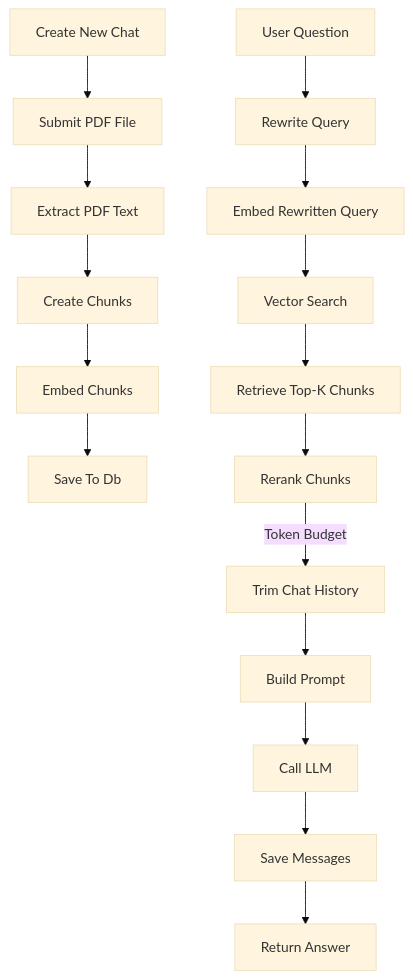
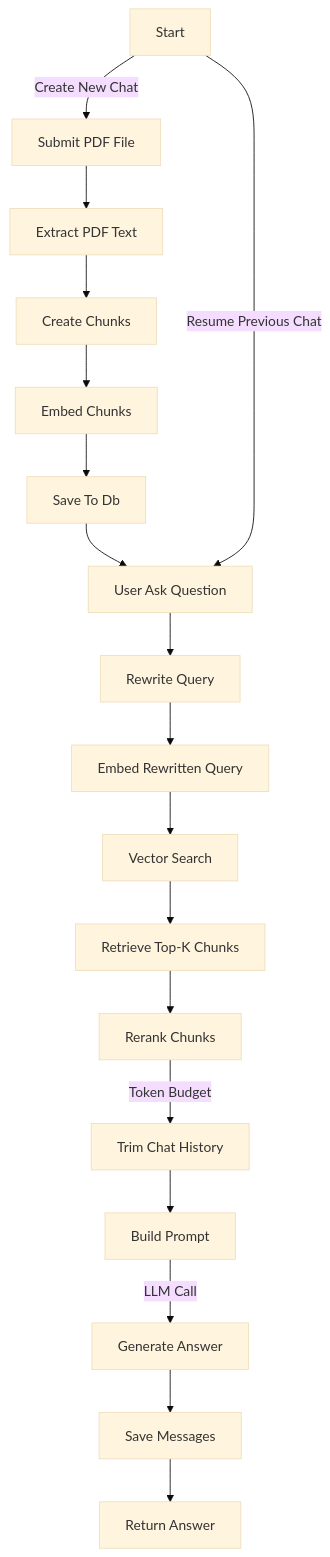
Before and after one commit to jishnusaha/ask-my-pdf: the diagram in README.md, drawn with Mermaid (base theme).

Commit message:
Update Applicaiton Flow in README.md

````diff
--- a/README.md
+++ b/README.md
@@ -250,20 +250,22 @@
 ```mermaid
 flowchart TD
-A[Create New Chat] --> B[Submit PDF File]
+Start --> |Create New Chat| B[Submit PDF File]
 B --> C[Extract PDF Text]
 C --> D[Create Chunks]
 D --> E[Embed Chunks]
 E --> F[Save To Db]
+F --> A1[User Ask Question]
 
-A1[User Question] --> B1[Rewrite Query]
+Start --> |Resume Previous Chat| A1
+A1 --> B1[Rewrite Query]
 B1 --> C1[Embed Rewritten Query]
 C1 --> D1[Vector Search]
 D1 --> E1[Retrieve Top-K Chunks]
 E1 --> F1[Rerank Chunks]
 F1 --> |Token Budget| G1[Trim Chat History]
 G1 --> H1[Build Prompt]
-H1 --> I1[Call LLM]
+H1 --> |LLM Call|I1[Generate Answer]
 I1 --> J1[Save Messages]
 J1 --> K1[Return Answer]
 
 ```
````
